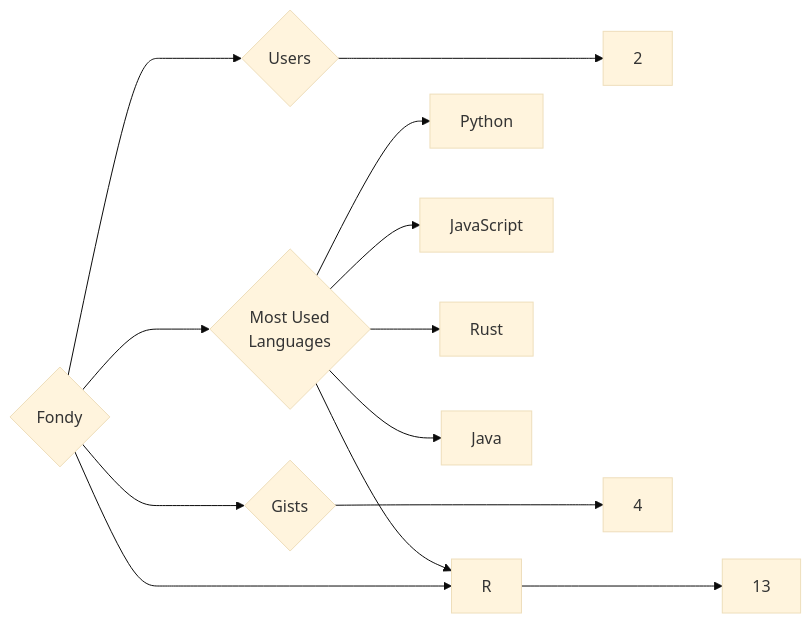
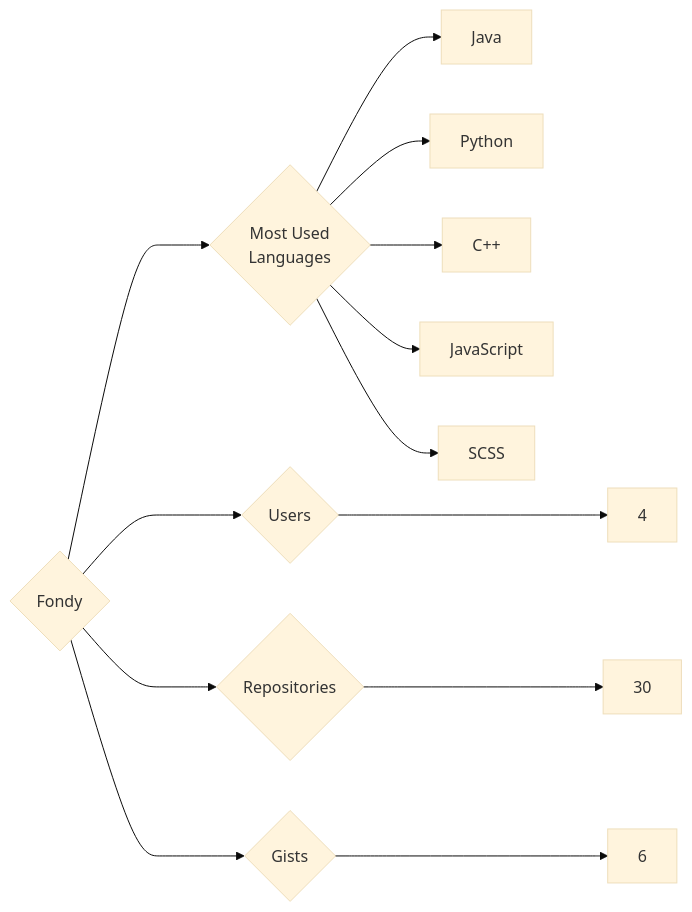
The diagram in targets/Fondy/README.md (trickest/insiders), drawn with Mermaid (base theme) before and after one commit. The commit also changed 985 other files, not shown here.

````diff
--- a/targets/Fondy/README.md
+++ b/targets/Fondy/README.md
@@ -3,13 +3,13 @@
 ```mermaid
 graph LR
 COMPANY_NAME{Fondy}
-COMPANY_NAME ---> U{Users} ---> UN[2]
-COMPANY_NAME ---> R{Repositories} ---> RN[13]
-COMPANY_NAME ---> G{Gists} ---> GN[4]
+COMPANY_NAME ---> U{Users} ---> UN[4]
+COMPANY_NAME ---> R{Repositories} ---> RN[30]
+COMPANY_NAME ---> G{Gists} ---> GN[6]
 COMPANY_NAME ---> ML{Most Used<br>Languages}
+ML --> Java[Java]
 ML --> Python[Python]
+ML --> C++[C++]
 ML --> JavaScript[JavaScript]
-ML --> Rust[Rust]
-ML --> R[R]
-ML --> Java[Java]
+ML --> SCSS[SCSS]
 ```
````
